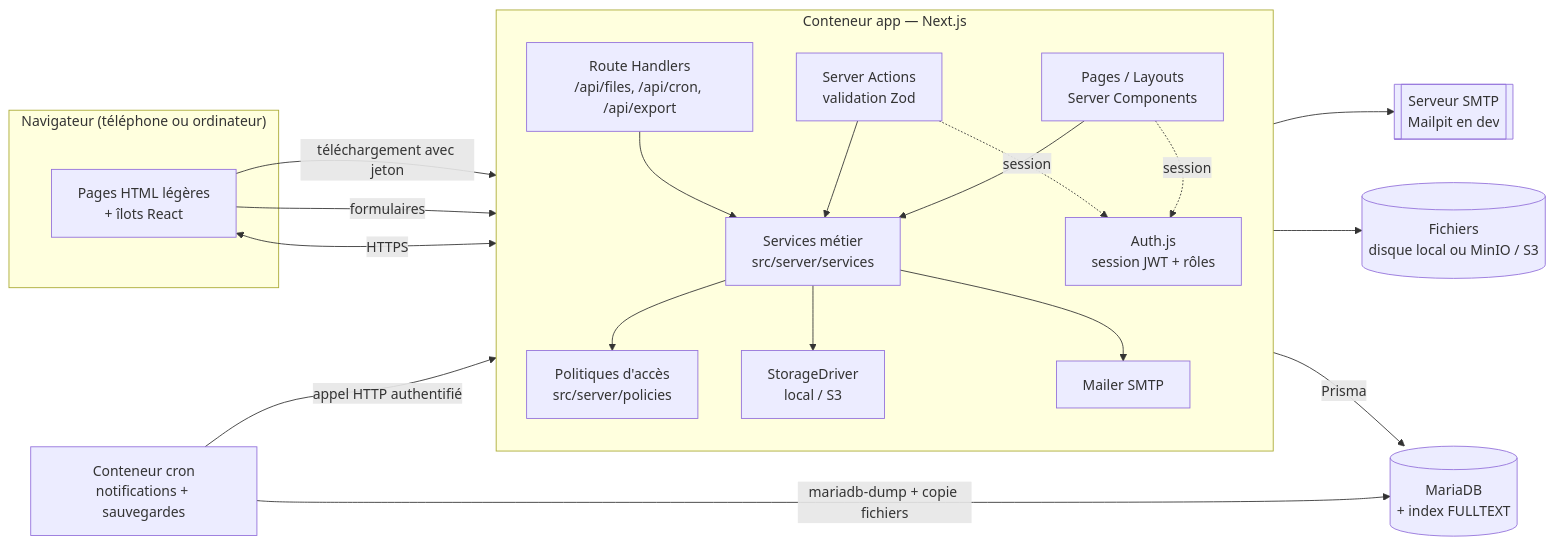
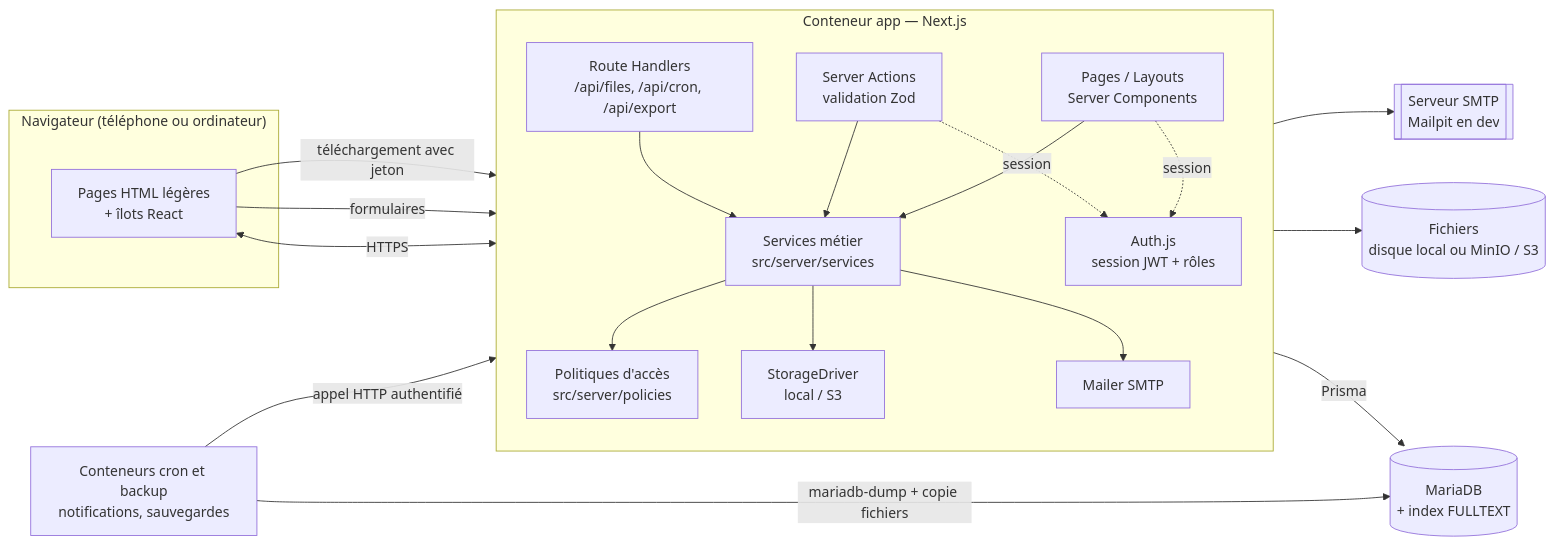
One commit to sene26/Ressources_Pedagogiques changed the first of 2 diagrams in docs/architecture.md. Above: the diagram before and after it, drawn with Mermaid. The commit also changed other lines of this file and 28 other files, not shown here.

````diff
--- a/docs/architecture.md
+++ b/docs/architecture.md
@@ -7,40 +7,40 @@
 ```mermaid
 flowchart LR
     subgraph Client["Navigateur (téléphone ou ordinateur)"]
         UI[Pages HTML légères<br/>+ îlots React]
     end
 
     subgraph App["Conteneur app — Next.js"]
         direction TB
         P[Pages / Layouts<br/>Server Components]
         SA[Server Actions<br/>validation Zod]
         RH[Route Handlers<br/>/api/files, /api/cron, /api/export]
         AUTH[Auth.js<br/>session JWT + rôles]
         SVC[Services métier<br/>src/server/services]
         POL[Politiques d'accès<br/>src/server/policies]
         STO[StorageDriver<br/>local / S3]
         MAIL[Mailer SMTP]
         P --> SVC
         SA --> SVC
         RH --> SVC
         SVC --> POL
         SVC --> STO
         SVC --> MAIL
         P -.session.-> AUTH
         SA -.session.-> AUTH
     end
 
     DB[(MariaDB<br/>+ index FULLTEXT)]
     FS[(Fichiers<br/>disque local ou MinIO / S3)]
     SMTP[[Serveur SMTP<br/>Mailpit en dev]]
-    CRON[Conteneur cron<br/>notifications + sauvegardes]
+    CRON[Conteneurs cron et backup<br/>notifications, sauvegardes]
 
     UI <-->|HTTPS| P
     UI -->|formulaires| SA
     UI -->|téléchargement avec jeton| RH
     SVC -->|Prisma| DB
     STO --> FS
     MAIL --> SMTP
     CRON -->|appel HTTP authentifié| RH
     CRON -->|mariadb-dump + copie fichiers| DB
 ```
````
